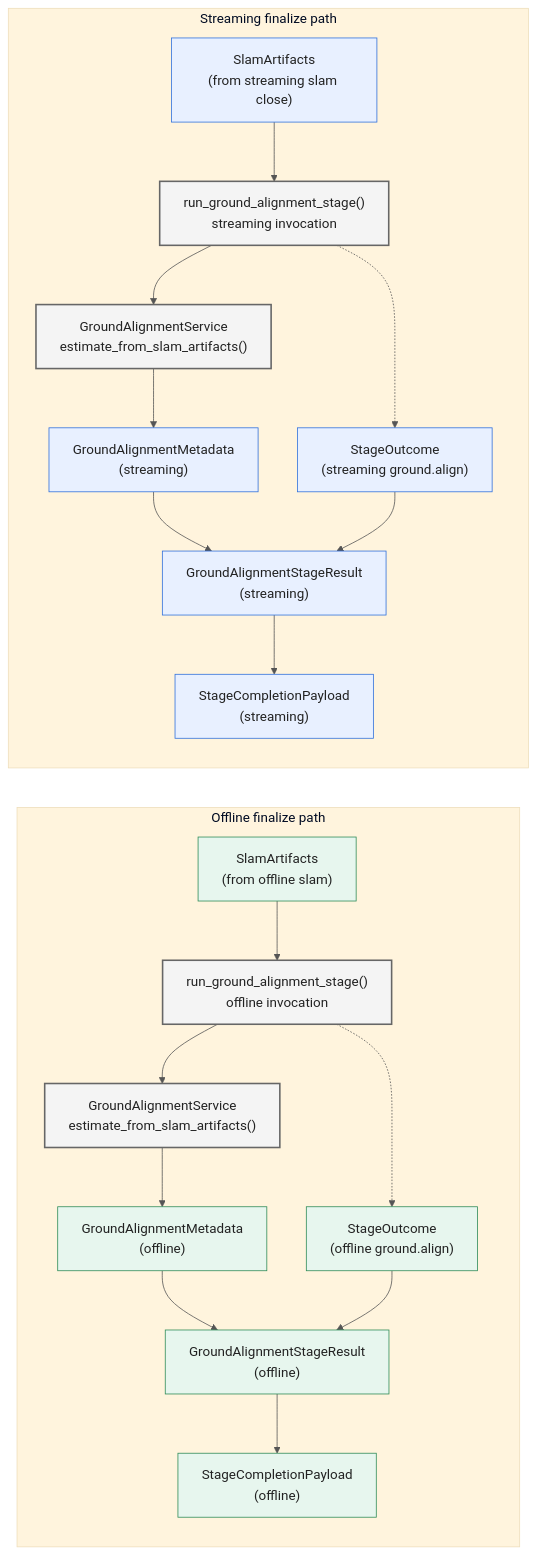
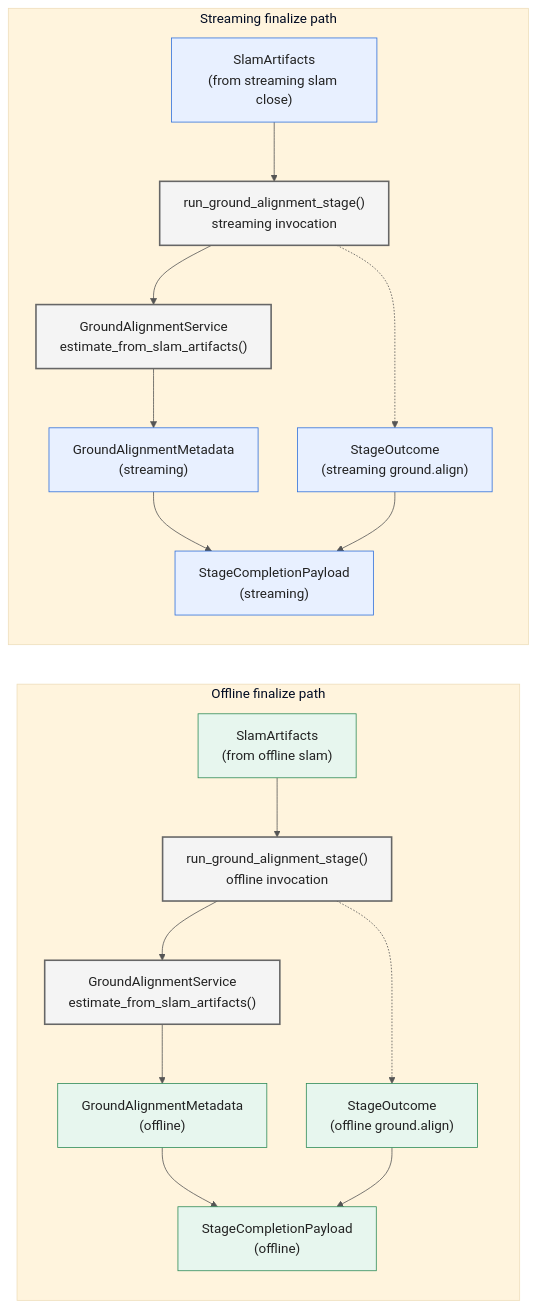
The fifth of 8 diagrams in docs/architecture/pipeline-stage-protocols-and-dtos.md (JanDuchscherer104/prml-vslam), drawn with Mermaid before and after one commit. The commit also changed other lines of this file and 63 other files, not shown here.

````diff
--- a/docs/architecture/pipeline-stage-protocols-and-dtos.md
+++ b/docs/architecture/pipeline-stage-protocols-and-dtos.md
@@ -386,72 +377,66 @@
 ```mermaid
 %%{init: {
   "theme": "base",
   "themeVariables": {
     "fontSize": "17px",
     "primaryColor": "#ECECFF",
     "primaryBorderColor": "#9370DB",
     "lineColor": "#555555",
     "tertiaryColor": "#FFF4DD"
   }
 }}%%
 flowchart LR
     subgraph Offline["Offline finalize path"]
         OfflineArtifacts["SlamArtifacts<br/>(from offline slam)"]
         OfflineStage["run_ground_alignment_stage()<br/>offline invocation"]
         OfflineService["GroundAlignmentService<br/>estimate_from_slam_artifacts()"]
         OfflineMetadata["GroundAlignmentMetadata<br/>(offline)"]
         OfflineOutcome["StageOutcome<br/>(offline ground.align)"]
-        OfflineResult["GroundAlignmentStageResult<br/>(offline)"]
         OfflinePayload["StageCompletionPayload<br/>(offline)"]
 
         OfflineArtifacts --> OfflineStage
         OfflineStage --> OfflineService
         OfflineService --> OfflineMetadata
         OfflineStage -.-> OfflineOutcome
-        OfflineMetadata --> OfflineResult
-        OfflineOutcome --> OfflineResult
-        OfflineResult --> OfflinePayload
+        OfflineMetadata --> OfflinePayload
+        OfflineOutcome --> OfflinePayload
     end
 
     subgraph Streaming["Streaming finalize path"]
         StreamingArtifacts["SlamArtifacts<br/>(from streaming slam close)"]
         StreamingStage["run_ground_alignment_stage()<br/>streaming invocation"]
         StreamingService["GroundAlignmentService<br/>estimate_from_slam_artifacts()"]
         StreamingMetadata["GroundAlignmentMetadata<br/>(streaming)"]
         StreamingOutcome["StageOutcome<br/>(streaming ground.align)"]
-        StreamingResult["GroundAlignmentStageResult<br/>(streaming)"]
         StreamingPayload["StageCompletionPayload<br/>(streaming)"]
 
         StreamingArtifacts --> StreamingStage
         StreamingStage --> StreamingService
         StreamingService --> StreamingMetadata
         StreamingStage -.-> StreamingOutcome
-        StreamingMetadata --> StreamingResult
-        StreamingOutcome --> StreamingResult
-        StreamingResult --> StreamingPayload
+        StreamingMetadata --> StreamingPayload
+        StreamingOutcome --> StreamingPayload
     end
 
     classDef compute fill:#F4F4F4,stroke:#666666,stroke-width:2px,color:#222222;
     classDef offlineData fill:#E7F6EE,stroke:#2E8B57,color:#222222;
     classDef streamingData fill:#E8F0FF,stroke:#2F6FDB,color:#222222;
 
-    class OfflineArtifacts,OfflineMetadata,OfflineOutcome,OfflineResult,OfflinePayload offlineData;
+    class OfflineArtifacts,OfflineMetadata,OfflineOutcome,OfflinePayload offlineData;
     class OfflineStage,OfflineService compute;
-    class StreamingArtifacts,StreamingMetadata,StreamingOutcome,StreamingResult,StreamingPayload streamingData;
+    class StreamingArtifacts,StreamingMetadata,StreamingOutcome,StreamingPayload streamingData;
     class StreamingStage,StreamingService compute;
 
-    click OfflineArtifacts "../../src/prml_vslam/pipeline/contracts/artifacts.py#L25" "SlamArtifacts"
+    click OfflineArtifacts "../../src/prml_vslam/interfaces/slam.py#L30" "SlamArtifacts"
     click OfflineStage "../../src/prml_vslam/pipeline/ray_runtime/stage_execution.py#L177" "run_ground_alignment_stage"
     click OfflineService "../../src/prml_vslam/alignment/services.py#L65" "GroundAlignmentService"
-    click OfflineMetadata "../../src/prml_vslam/alignment/contracts.py#L59" "GroundAlignmentMetadata"
+    click OfflineMetadata "../../src/prml_vslam/interfaces/alignment.py#L29" "GroundAlignmentMetadata"
     click OfflineOutcome "../../src/prml_vslam/pipeline/contracts/events.py#L47" "StageOutcome"
-    click OfflineResult "../../src/prml_vslam/pipeline/ray_runtime/common.py#L51" "GroundAlignmentStageResult"
-    click OfflinePayload "../../src/prml_vslam/pipeline/ray_runtime/stage_program.py#L60" "StageCompletionPayload"
-    click StreamingArtifacts "../../src/prml_vslam/pipeline/contracts/artifacts.py#L25" "SlamArtifacts"
+        click OfflinePayload "../../src/prml_vslam/pipeline/ray_runtime/stage_program.py#L60" "StageCompletionPayload"
+    click StreamingArtifacts "../../src/prml_vslam/interfaces/slam.py#L30" "SlamArtifacts"
     click StreamingStage "../../src/prml_vslam/pipeline/ray_runtime/stage_execution.py#L177" "run_ground_alignment_stage"
     click StreamingService "../../src/prml_vslam/alignment/services.py#L65" "GroundAlignmentService"
-    click StreamingMetadata "../../src/prml_vslam/alignment/contracts.py#L59" "GroundAlignmentMetadata"
+    click StreamingMetadata "../../src/prml_vslam/interfaces/alignment.py#L29" "GroundAlignmentMetadata"
     click StreamingOutcome "../../src/prml_vslam/pipeline/contracts/events.py#L47" "StageOutcome"
-    click StreamingResult "../../src/prml_vslam/pipeline/ray_runtime/common.py#L51" "GroundAlignmentStageResult"
-    click StreamingPayload "../../src/prml_vslam/pipeline/ray_runtime/stage_program.py#L60" "StageCompletionPayload"
+        click StreamingPayload "../../src/prml_vslam/pipeline/ray_runtime/stage_program.py#L60" "StageCompletionPayload"
 ```
````
